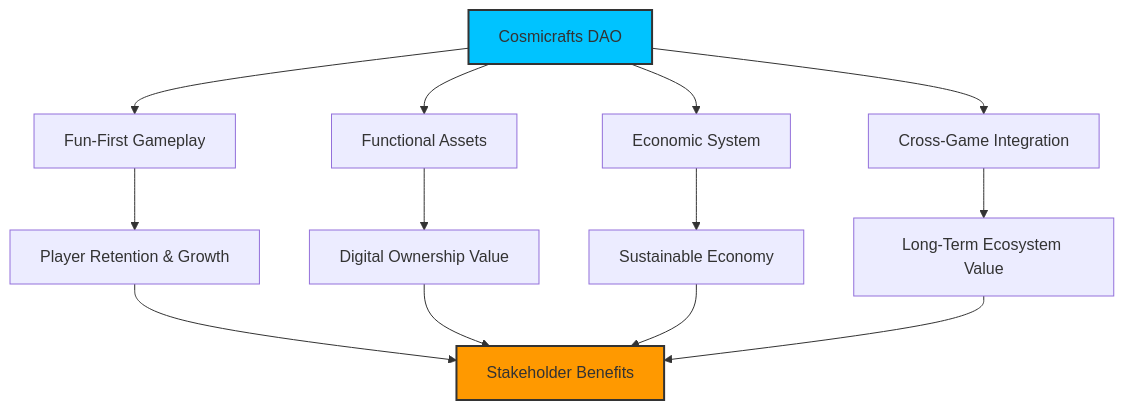
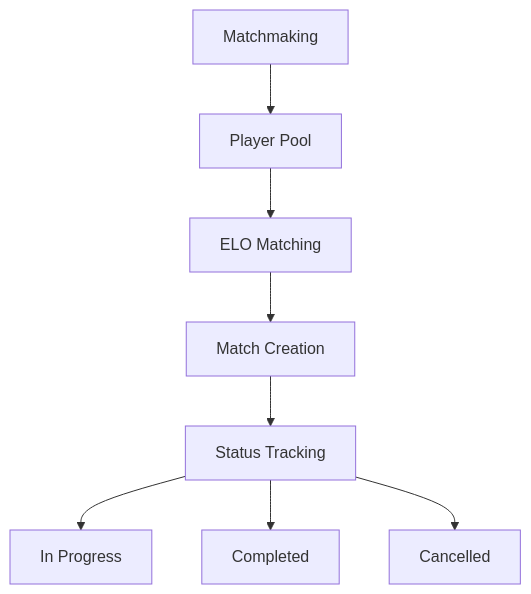
One commit to cosmicrafts/cosmicrafts-dao changed the second of 2 diagrams in src/frontend/src/assets/markdown/en/core-features.md. Above: the diagram before and after it, drawn with Mermaid. The commit also changed other lines of this file and 4 other files, not shown here.

````diff
--- a/src/frontend/src/assets/markdown/en/core-features.md
+++ b/src/frontend/src/assets/markdown/en/core-features.md
@@ -147,20 +86,11 @@
 ```mermaid
 graph TD
-    A[Cosmicrafts DAO] --> B[Fun-First Gameplay]
-    A --> C[Functional Assets]
-    A --> D[Economic System]
-    A --> E[Cross-Game Integration]
-
-    B --> B1[Player Retention & Growth]
-    C --> C1[Digital Ownership Value]
-    D --> D1[Sustainable Economy]
-    E --> E1[Long-Term Ecosystem Value]
-
-    B1 --> F[Stakeholder Benefits]
-    C1 --> F
-    D1 --> F
-    E1 --> F
-
-    style A fill:#00c3ff,stroke:#333,stroke-width:2px
-    style F fill:#ff9900,stroke:#333,stroke-width:2px
+    A[Matchmaking] --> B[Player Pool]
+    B --> C[ELO Matching]
+    C --> D[Match Creation]
+    D --> E[Status Tracking]
+    
+    E --> F[In Progress]
+    E --> G[Completed]
+    E --> H[Cancelled]
 ```
````
